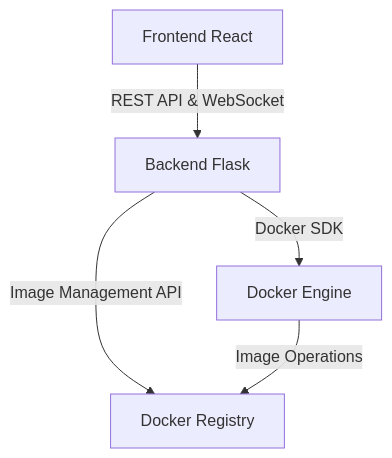
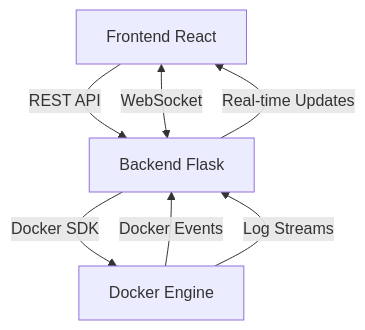
Before and after one commit to kik369/docker-web-interface: the diagram in README.md, drawn with Mermaid. The commit also changed other lines of this file, not shown here.

Commit message:
docs: fix broken references and correct architecture diagram in README.md
🤖 Generated with [Claude Code](https://claude.ai/code)

````diff
--- a/README.md
+++ b/README.md
@@ -56,7 +56,9 @@
 ```mermaid
 graph TD
-    A[Frontend React] -->|REST API & WebSocket| B[Backend Flask]
+    A[Frontend React] -->|REST API| B[Backend Flask]
+    A <-->|WebSocket| B
     B -->|Docker SDK| C[Docker Engine]
-    B -->|Image Management API| D[Docker Registry]
-    C -->|Image Operations| D
+    C -->|Docker Events| B
+    C -->|Log Streams| B
+    B -->|Real-time Updates| A
 ```
````
